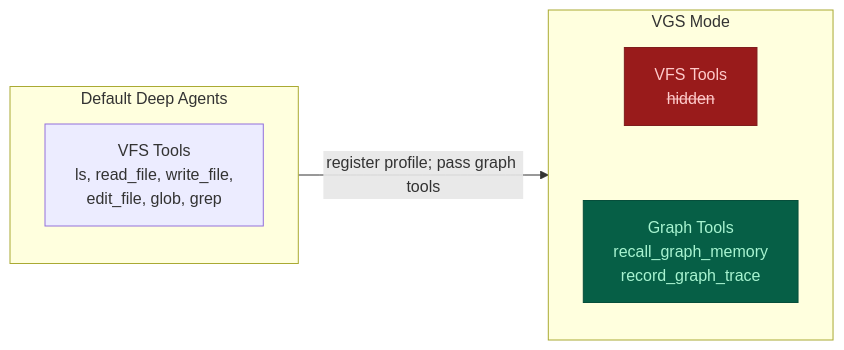
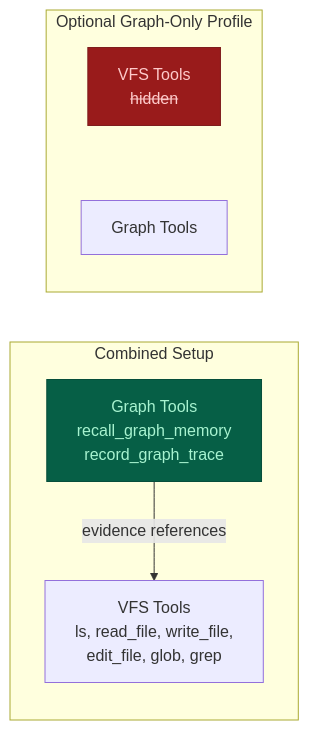
One commit to TahaK29/deepagents-graph-memory changed the second of 4 diagrams in README.md. Above: the diagram before and after it, drawn with Mermaid. The commit also changed other lines of this file and 5 other files, not shown here.

Commit message:
Keep filesystem tools alongside graph context guidance

````diff
--- a/README.md
+++ b/README.md
@@ -486,17 +549,18 @@
 ```mermaid
 graph LR
-    subgraph Default ["Default Deep Agents"]
+    subgraph Combined ["Combined Setup"]
         VFS["VFS Tools<br/>ls, read_file, write_file,<br/>edit_file, glob, grep"]
+        GraphTools["Graph Tools<br/>recall_graph_memory<br/>record_graph_trace"]
+        GraphTools -->|"evidence references"| VFS
     end
 
-    subgraph VGSMode ["VGS Mode"]
+    subgraph VGSMode ["Optional Graph-Only Profile"]
         VFSHidden["VFS Tools<br/><s>hidden</s>"]
-        GraphTools["Graph Tools<br/>recall_graph_memory<br/>record_graph_trace"]
+        OnlyGraph["Graph Tools"]
     end
 
-    Default -->|"register profile; pass graph tools"| VGSMode
-    VFSHidden ~~~ GraphTools
+    VFSHidden ~~~ OnlyGraph
 
     style VFSHidden fill:#991b1b,stroke:#7f1d1d,color:#fecaca
     style GraphTools fill:#065f46,stroke:#064e3b,color:#a7f3d0
 ```
````
